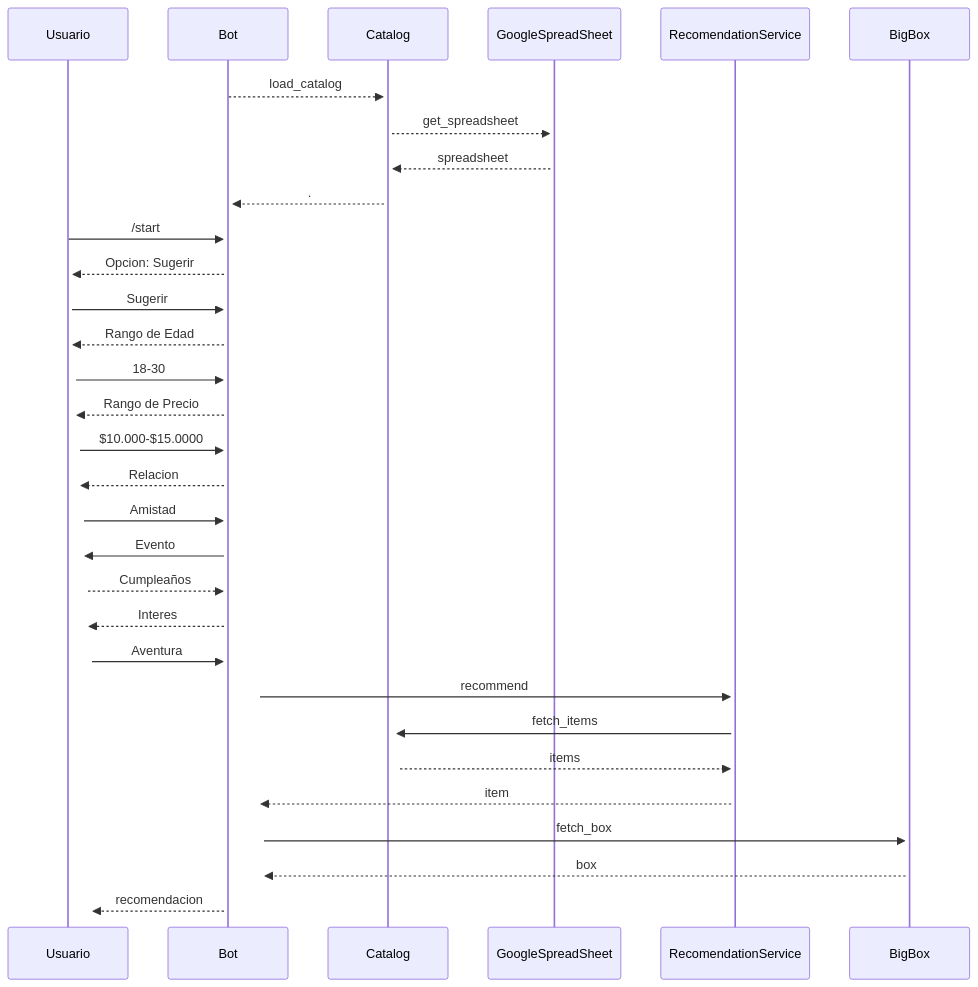
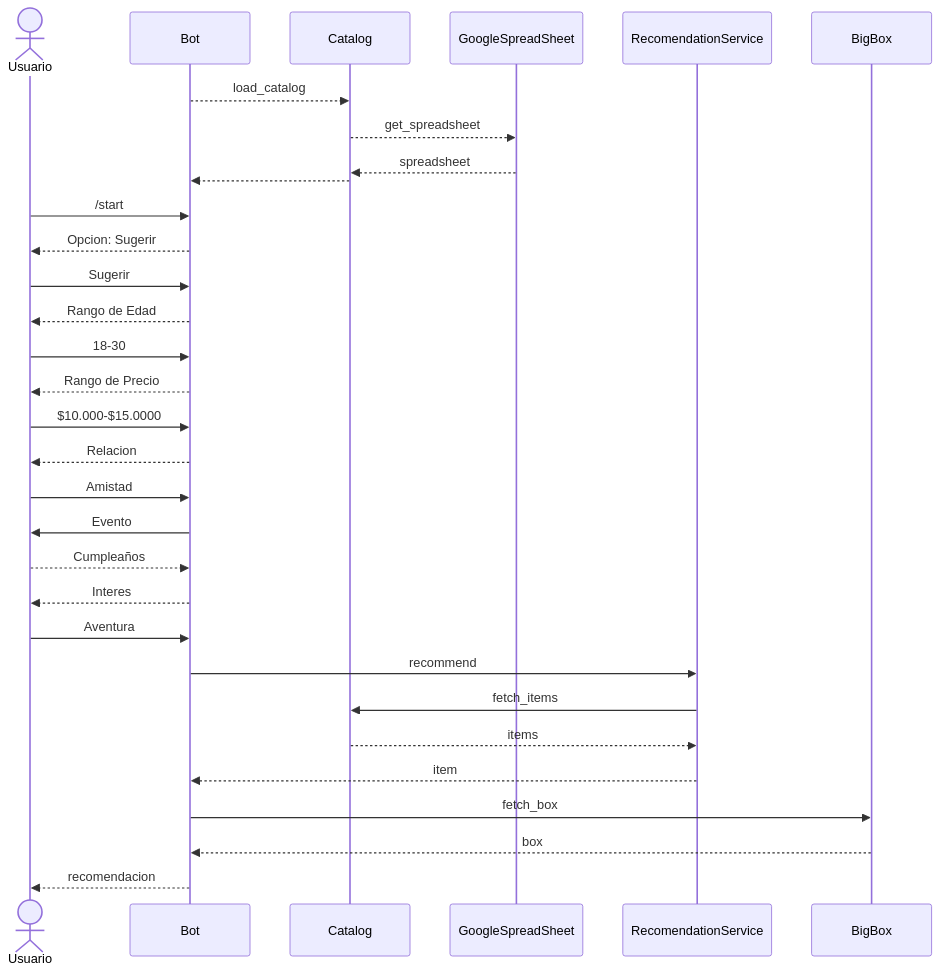
One commit to aleschenk/nova-regalo-bot changed the second of 2 diagrams in README.md. Above: the diagram before and after it, drawn with Mermaid.

````diff
--- a/README.md
+++ b/README.md
@@ -37,44 +37,44 @@
 ```mermaid
 sequenceDiagram
-    participant Usuario
+    actor Usuario
     participant Bot
     participant Catalog
     participant GoogleSpreadSheet
 
-    Bot-->>+Catalog: load_catalog
-    Catalog-->>+GoogleSpreadSheet: get_spreadsheet
+    Bot-->>Catalog: load_catalog
+    Catalog-->>GoogleSpreadSheet: get_spreadsheet
 
-    GoogleSpreadSheet-->>+Catalog: spreadsheet
-    Catalog-->>+Bot: .
+    GoogleSpreadSheet-->>Catalog: spreadsheet
+    Catalog-->>Bot: 
 
-    Usuario->>+Bot: /start
+    Usuario->>Bot: /start
 
-    Bot-->>+Usuario: Opcion: Sugerir
-    Usuario->>+Bot: Sugerir
+    Bot-->>Usuario: Opcion: Sugerir
+    Usuario->>Bot: Sugerir
 
-    Bot-->>+Usuario: Rango de Edad
-    Usuario->>+Bot: 18-30
+    Bot-->>Usuario: Rango de Edad
+    Usuario->>Bot: 18-30
     
-    Bot-->>+Usuario: Rango de Precio
-    Usuario->>+Bot: $10.000-$15.0000
+    Bot-->>Usuario: Rango de Precio
+    Usuario->>Bot: $10.000-$15.0000
 
-    Bot-->>+Usuario: Relacion
-    Usuario->>+Bot: Amistad
+    Bot-->>Usuario: Relacion
+    Usuario->>Bot: Amistad
 
-    Bot->>+Usuario: Evento
-    Usuario-->>+Bot: Cumpleaños
+    Bot->>Usuario: Evento
+    Usuario-->>Bot: Cumpleaños
 
-    Bot-->>+Usuario: Interes
-    Usuario->>+Bot: Aventura
+    Bot-->>Usuario: Interes
+    Usuario->>Bot: Aventura
 
-    Bot->>+RecomendationService: recommend
-    RecomendationService->>+Catalog: fetch_items
-    Catalog-->>+RecomendationService: items
+    Bot->>RecomendationService: recommend
+    RecomendationService->>Catalog: fetch_items
+    Catalog-->>RecomendationService: items
 
-    RecomendationService-->>+Bot: item
-    
-    Bot->>+BigBox: fetch_box
-    BigBox-->>+Bot: box
+    RecomendationService-->>Bot: item
 
-    Bot-->>+Usuario: recomendacion
+    Bot->>BigBox: fetch_box
+    BigBox-->>Bot: box
+
+    Bot-->>Usuario: recomendacion
 ```
````
